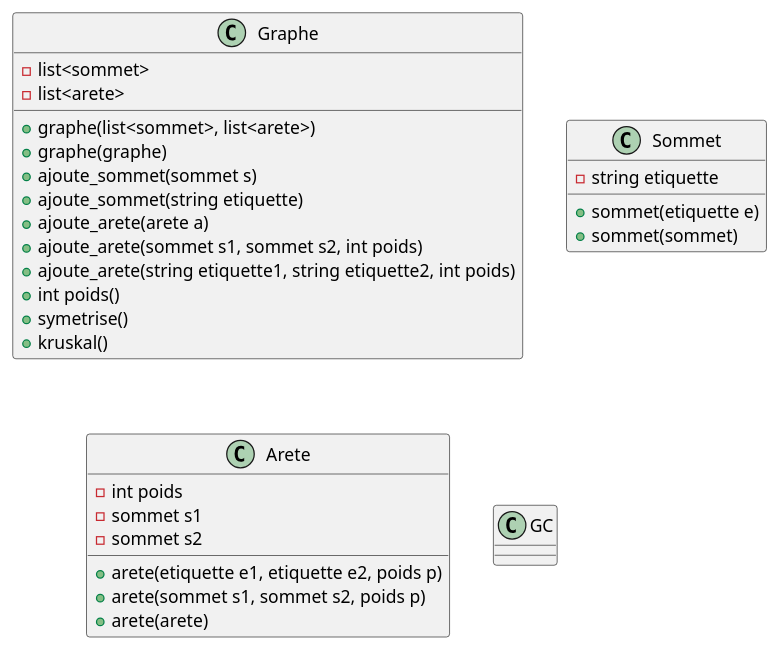
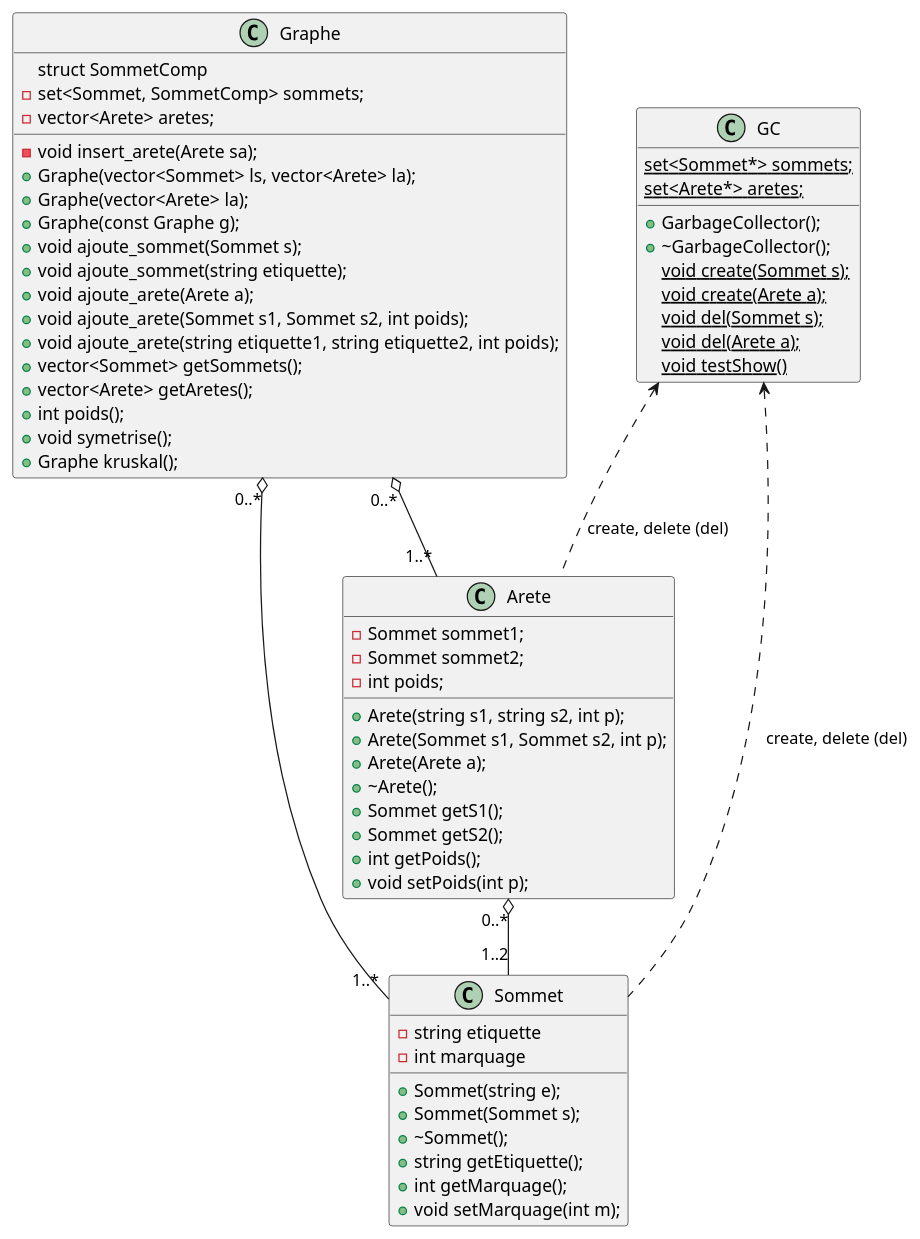
One commit to wehddn/M1-LangagesAObjetAvances-TPNote changed the diagram in Diagrams/Diagram.puml. Above: the diagram before and after it, drawn with PlantUML. The commit also changed 16 other files, not shown here.

```diff
--- a/Diagrams/Diagram.puml
+++ b/Diagrams/Diagram.puml
@@ -1,37 +1,66 @@
 @startuml diagram
 
 class Graphe{
-    -list<sommet>
-    -list<arete>
-    +graphe(list<sommet>, list<arete>)
-    +graphe(graphe)
-    +ajoute_sommet(sommet s)
-    +ajoute_sommet(string etiquette)
-    +ajoute_arete(arete a)
-    +ajoute_arete(sommet s1, sommet s2, int poids)
-    +ajoute_arete(string etiquette1, string etiquette2, int poids)
-    +int poids()
-    +symetrise()
-    +kruskal()
+    struct SommetComp
+    -set<Sommet, SommetComp> sommets;
+    -vector<Arete> aretes;
+    -void insert_arete(Arete sa);
+    +Graphe(vector<Sommet> ls, vector<Arete> la);
+    +Graphe(vector<Arete> la);
+    +Graphe(const Graphe g);
+    +void ajoute_sommet(Sommet s);
+    +void ajoute_sommet(string etiquette);
+    +void ajoute_arete(Arete a);
+    +void ajoute_arete(Sommet s1, Sommet s2, int poids);
+    +void ajoute_arete(string etiquette1, string etiquette2, int poids);
+    +vector<Sommet> getSommets();
+    +vector<Arete> getAretes();
+    +int poids();
+    +void symetrise();
+    +Graphe kruskal();
 }
 
 class Sommet{
-    -string etiquette 
-    +sommet(etiquette e)
-    +sommet(sommet)
+    -string etiquette
+    -int marquage 
+    +Sommet(string e);
+    +Sommet(Sommet s);
+    +~Sommet();
+    +string getEtiquette();
+    +int getMarquage();
+    +void setMarquage(int m);
 }
 
 class Arete{
-    -int poids
-    -sommet s1
-    -sommet s2
-    +arete(etiquette e1, etiquette e2, poids p)  
-    +arete(sommet s1, sommet s2, poids p)
-    +arete(arete)
+    -Sommet sommet1;
+    -Sommet sommet2;
+    -int poids;
+    +Arete(string s1, string s2, int p);
+    +Arete(Sommet s1, Sommet s2, int p);
+    +Arete(Arete a);
+    +~Arete();
+    +Sommet getS1();
+    +Sommet getS2();
+    +int getPoids();
+    +void setPoids(int p);   
 }
 
 class GC{
-
+    {static} set<Sommet*> sommets;
+    {static} set<Arete*> aretes;
+    +GarbageCollector();
+    +~GarbageCollector();
+    {static} void create(Sommet s);
+    {static} void create(Arete a);
+    {static} void del(Sommet s);
+    {static} void del(Arete a);
+    {static} void testShow()
 }
 
+Graphe "0..*" o-- "1..*" Sommet
+Graphe "0..*" o-- "1..*" Arete
+Arete "0..*" o-- "1..2" Sommet
+GC <.. Sommet : create, delete (del)
+GC <.. Arete : create, delete (del)
+
 @enduml
```
